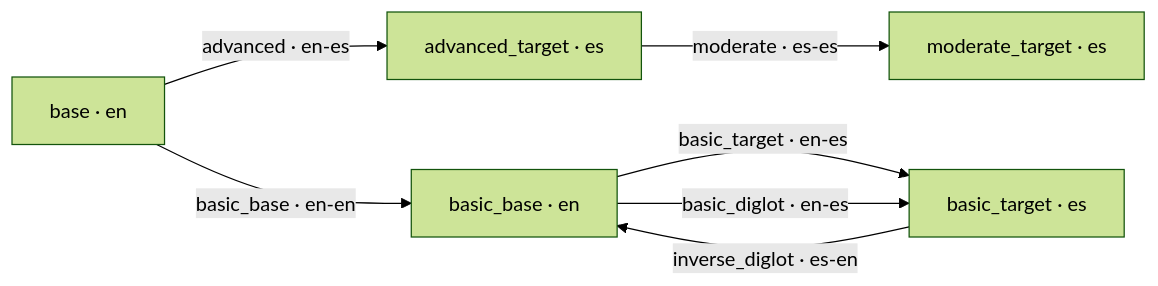
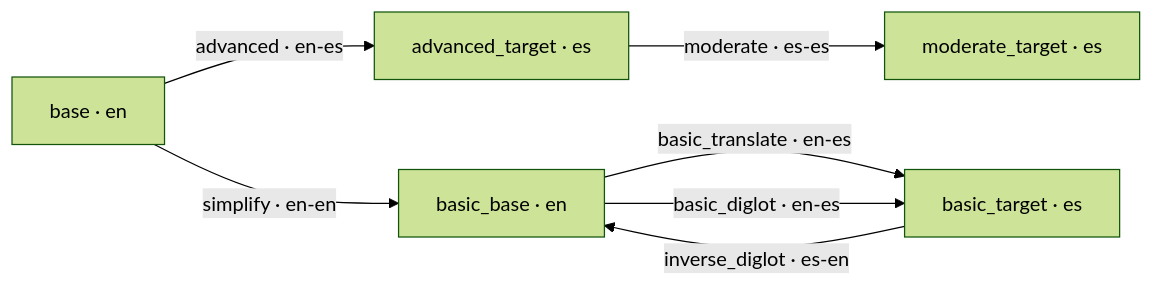
The first of 2 diagrams in documentation/Prompt_Flow_and_Asset_Layout.md (williamtbranch/weavelang), drawn with Mermaid (forest theme) before and after one commit. The commit also changed other lines of this file and 12 other files, not shown here.

Commit message:
Rename basic-tier prompts by function (simplify/basic_translate)

````diff
--- a/documentation/Prompt_Flow_and_Asset_Layout.md
+++ b/documentation/Prompt_Flow_and_Asset_Layout.md
@@ -103,15 +118,15 @@
 ```mermaid
 graph LR
     base[base · en]
     adv[advanced_target · es]
     mod[moderate_target · es]
     bbas[basic_base · en]
     btgt[basic_target · es]
 
     base -->|advanced · en-es| adv
     adv  -->|moderate · es-es| mod
-    base -->|basic_base · en-en| bbas
-    bbas -->|basic_target · en-es| btgt
+    base -->|simplify · en-en| bbas
+    bbas -->|basic_translate · en-es| btgt
     bbas -->|basic_diglot · en-es| btgt
     btgt -->|inverse_diglot · es-en| bbas
 ```
````
